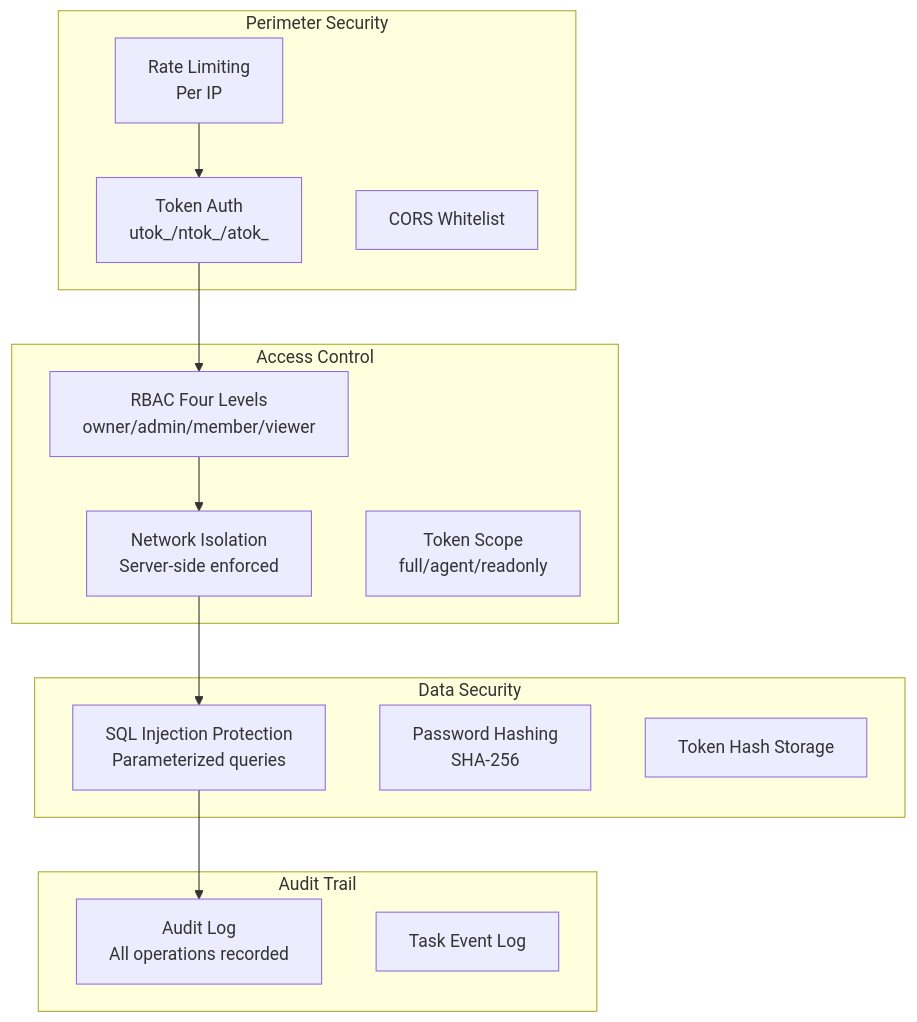
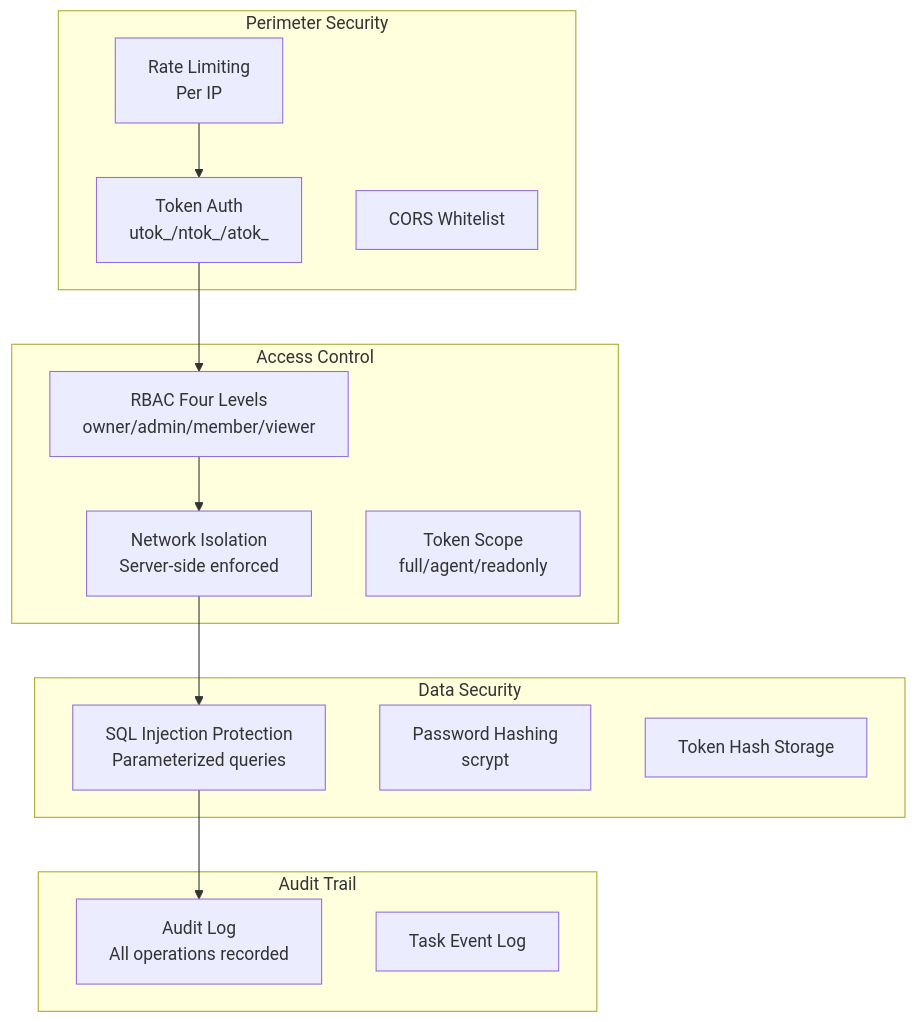
One commit to sleep2agi/agent-network changed the first of 2 diagrams in docs-site/docs/en/concepts/security.md. Above: the diagram before and after it, drawn with Mermaid. The commit also changed other lines of this file and 1 other file, not shown here.

Commit message:
docs(security): correct password hashing to salted scrypt (was wrongly documented as SHA-256/static-salt + 'Argon2id pending')

````diff
--- a/docs-site/docs/en/concepts/security.md
+++ b/docs-site/docs/en/concepts/security.md
@@ -7,31 +7,31 @@
 ```mermaid
 graph TB
     subgraph "Perimeter Security"
         RL[Rate Limiting<br/>Per IP]
         AUTH[Token Auth<br/>utok_/ntok_/atok_]
         CORS[CORS Whitelist]
     end
 
     subgraph "Access Control"
         RBAC[RBAC Four Levels<br/>owner/admin/member/viewer]
         NET[Network Isolation<br/>Server-side enforced]
         SCOPE[Token Scope<br/>full/agent/readonly]
     end
 
     subgraph "Data Security"
         SQL[SQL Injection Protection<br/>Parameterized queries]
-        PWD[Password Hashing<br/>SHA-256]
+        PWD[Password Hashing<br/>scrypt]
         TKHASH[Token Hash Storage]
     end
 
     subgraph "Audit Trail"
         AUDIT[Audit Log<br/>All operations recorded]
         EVENTS[Task Event Log]
     end
 
     RL --> AUTH
     AUTH --> RBAC
     RBAC --> NET
     NET --> SQL
     SQL --> AUDIT
 ```
````
